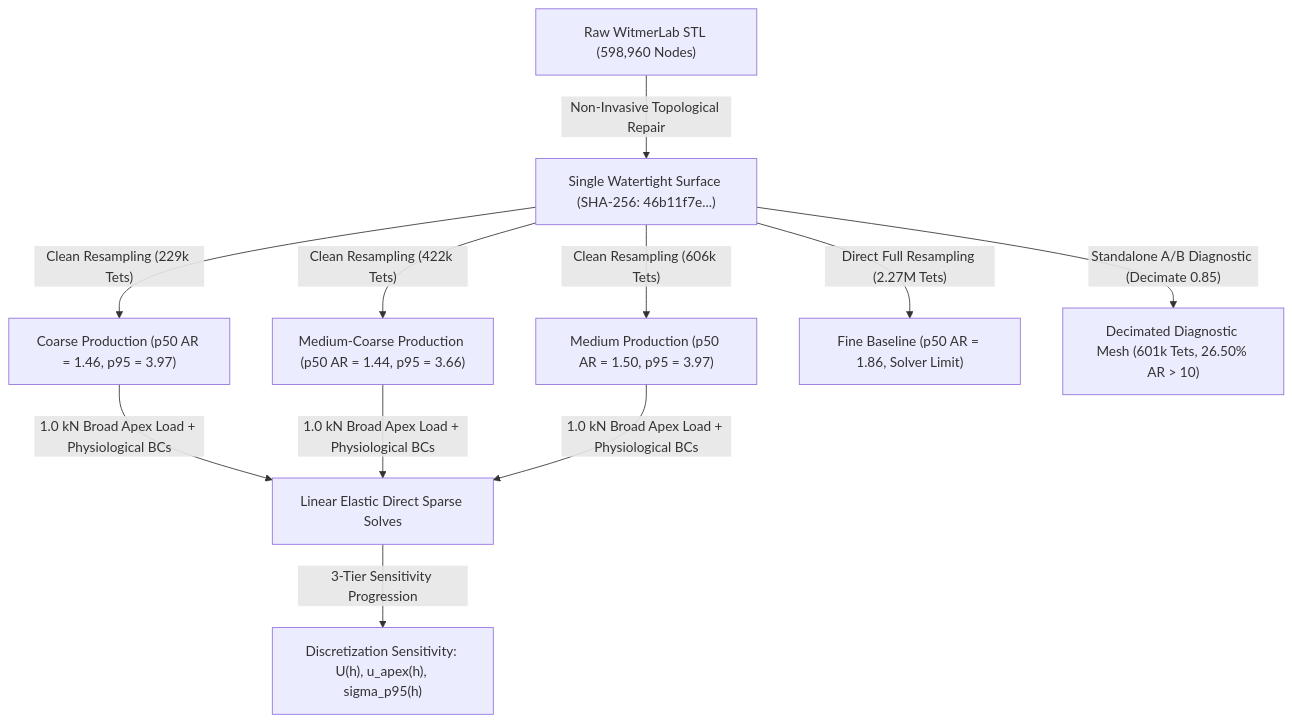
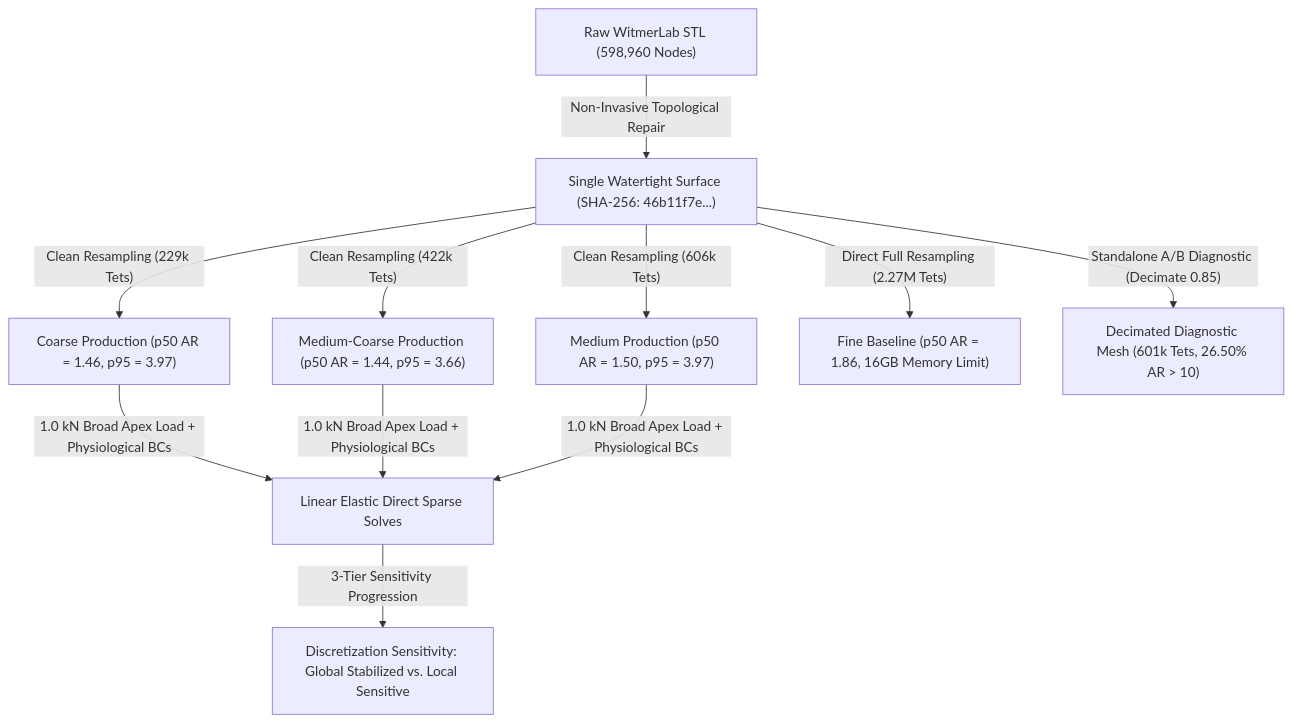
One commit to mdhornstein/pachycephalosaur-biomechanics changed the diagram in reports/phase4_fea_benchmark_report.md. Above: the diagram before and after it, drawn with Mermaid. The commit also changed other lines of this file and 11 other files, not shown here.

````diff
--- a/reports/phase4_fea_benchmark_report.md
+++ b/reports/phase4_fea_benchmark_report.md
@@ -24,11 +25,11 @@
 ```mermaid
 flowchart TD
     A["Raw WitmerLab STL (598,960 Nodes)"] -->|"Non-Invasive Topological Repair"| B["Single Watertight Surface (SHA-256: 46b11f7e...)"]
     B -->|"Clean Resampling (229k Tets)"| C1["Coarse Production (p50 AR = 1.46, p95 = 3.97)"]
     B -->|"Clean Resampling (422k Tets)"| C2["Medium-Coarse Production (p50 AR = 1.44, p95 = 3.66)"]
     B -->|"Clean Resampling (606k Tets)"| C3["Medium Production (p50 AR = 1.50, p95 = 3.97)"]
-    B -->|"Direct Full Resampling (2.27M Tets)"| C4["Fine Baseline (p50 AR = 1.86, Solver Limit)"]
+    B -->|"Direct Full Resampling (2.27M Tets)"| C4["Fine Baseline (p50 AR = 1.86, 16GB Memory Limit)"]
     B -->|"Standalone A/B Diagnostic (Decimate 0.85)"| C_diag["Decimated Diagnostic Mesh (601k Tets, 26.50% AR > 10)"]
     C1 & C2 & C3 -->|"1.0 kN Broad Apex Load + Physiological BCs"| D["Linear Elastic Direct Sparse Solves"]
-    D -->|"3-Tier Sensitivity Progression"| E["Discretization Sensitivity: U(h), u_apex(h), sigma_p95(h)"]
+    D -->|"3-Tier Sensitivity Progression"| E["Discretization Sensitivity: Global Stabilized vs. Local Sensitive"]
 ```
````
